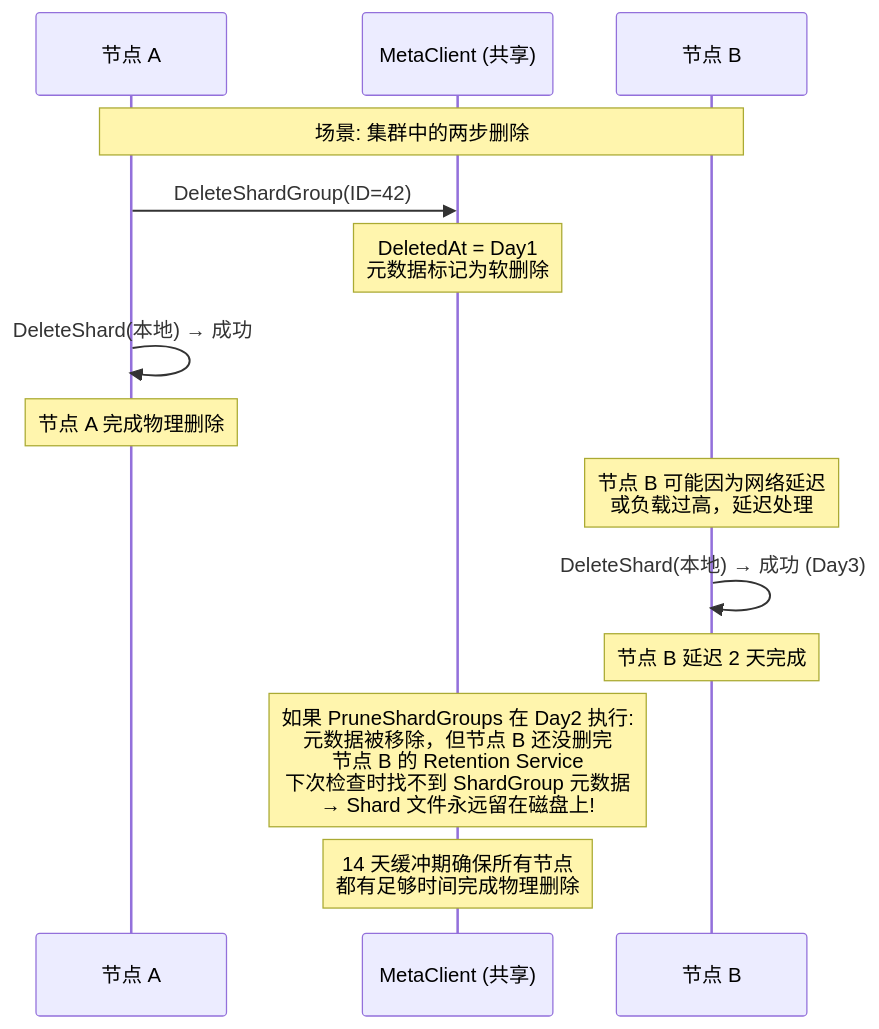
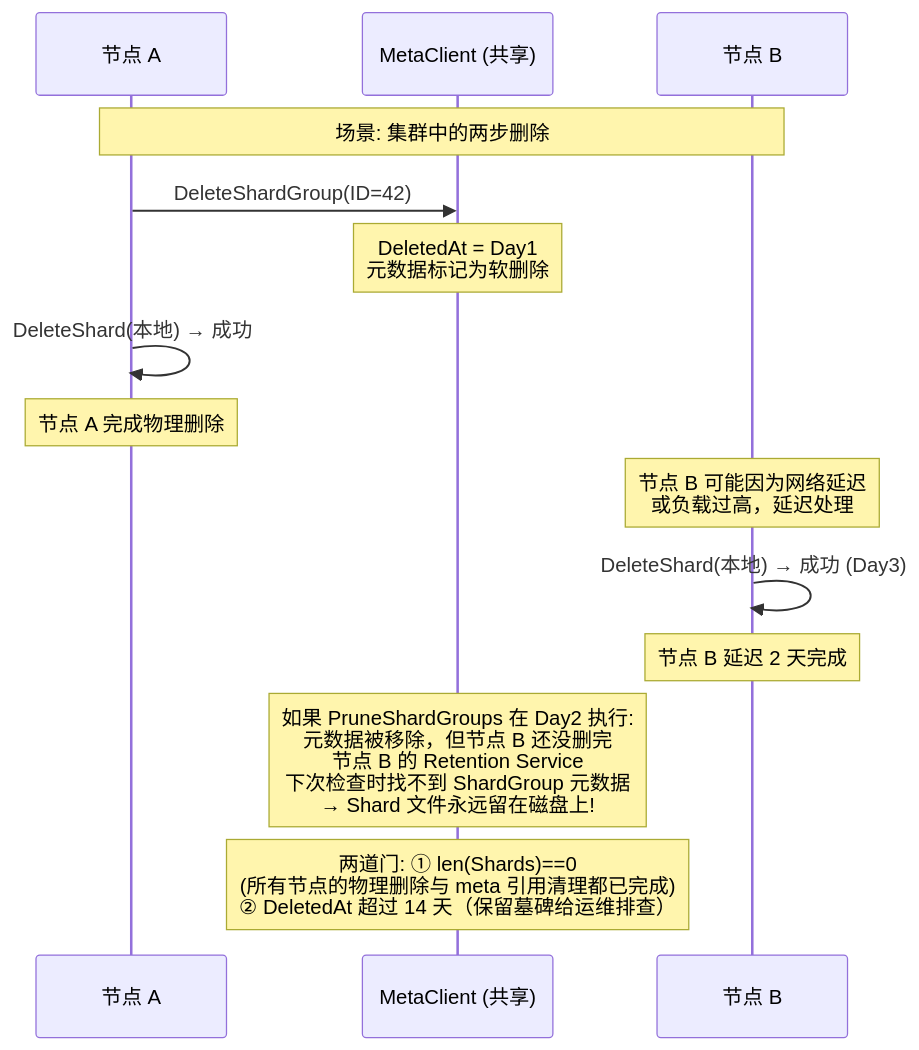
One commit to stefanv5/influxdb changed diagram 14 of 17 in docs/specs/12_background_services_spec.md. Above: the diagram before and after it, drawn with Mermaid. The commit also changed other lines of this file and 16 other files, not shown here.

First line of the commit message:
docs: correct and deepen the 17 architecture specs

````diff
--- a/docs/specs/12_background_services_spec.md
+++ b/docs/specs/12_background_services_spec.md
@@ -1470,23 +1769,23 @@
 ```mermaid
 sequenceDiagram
     participant Node1 as 节点 A
     participant Meta as MetaClient (共享)
     participant Node2 as 节点 B
 
     Note over Node1,Node2: 场景: 集群中的两步删除
 
     Node1->>Meta: DeleteShardGroup(ID=42)
     Note over Meta: DeletedAt = Day1<br/>元数据标记为软删除
 
     Node1->>Node1: DeleteShard(本地) → 成功
     Note over Node1: 节点 A 完成物理删除
 
     Note over Node2: 节点 B 可能因为网络延迟<br/>或负载过高，延迟处理
 
     Node2->>Node2: DeleteShard(本地) → 成功 (Day3)
     Note over Node2: 节点 B 延迟 2 天完成
 
     Note over Meta: 如果 PruneShardGroups 在 Day2 执行:<br/>元数据被移除，但节点 B 还没删完<br/>节点 B 的 Retention Service<br/>下次检查时找不到 ShardGroup 元数据<br/>→ Shard 文件永远留在磁盘上!
 
-    Note over Meta: 14 天缓冲期确保所有节点<br/>都有足够时间完成物理删除
+    Note over Meta: 两道门: ① len(Shards)==0<br/>(所有节点的物理删除与 meta 引用清理都已完成)<br/>② DeletedAt 超过 14 天（保留墓碑给运维排查）
 ```
````
